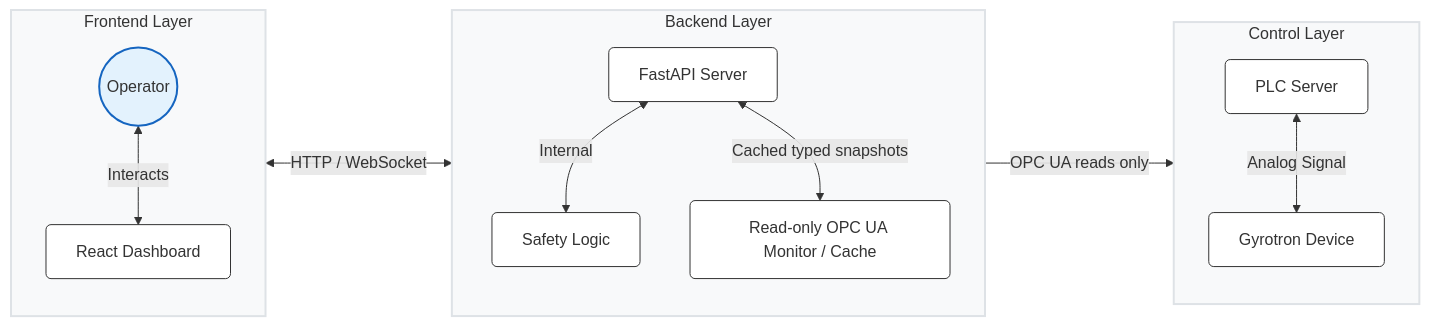
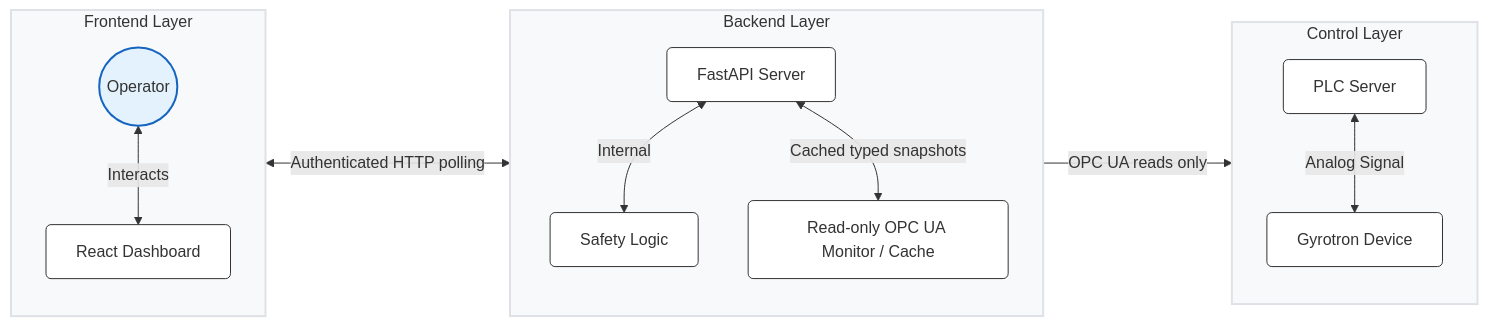
One commit to BigDedoo/Gyrotron_control changed the diagram in README.md. Above: the diagram before and after it, drawn with Mermaid. The commit also changed other lines of this file and 16 other files, not shown here.

````diff
--- a/README.md
+++ b/README.md
@@ -11,45 +22,45 @@
 ```mermaid
 graph LR
     %% User Interface Layer
     subgraph Frontend ["Frontend Layer"]
         direction TB
         Operator((Operator))
         UI[React Dashboard]
         
         Operator <-->|Interacts| UI
     end
 
     %% Application Layer
     subgraph Backend ["Backend Layer"]
         direction TB
         API[FastAPI Server]
         Safety[Safety Logic]
         OPC[Read-only OPC UA Monitor / Cache]
 
         API <-->|Internal| Safety
         API <-->|Cached typed snapshots| OPC
     end
 
     %% Hardware Control Layer
     subgraph Control ["Control Layer"]
         direction TB
         PLC[PLC Server]
         Gyrotron[Gyrotron Device]
         
         PLC <-->|Analog Signal| Gyrotron
     end
 
     %% Inter-layer Communication
-    UI <-->|HTTP / WebSocket| API
+    UI <-->|Authenticated HTTP polling| API
     OPC -->|OPC UA reads only| PLC
 
     %% Styling
     classDef box fill:#ffffff,stroke:#333,stroke-width:1px,rx:5,ry:5;
     class UI,API,Safety,OPC,PLC,Gyrotron box;
     classDef person fill:#e3f2fd,stroke:#1565c0,stroke-width:2px;
     class Operator person;
     
     style Frontend fill:#f8f9fa,stroke:#dee2e6,stroke-width:2px
     style Backend fill:#f8f9fa,stroke:#dee2e6,stroke-width:2px
     style Control fill:#f8f9fa,stroke:#dee2e6,stroke-width:2px
 ```
````
